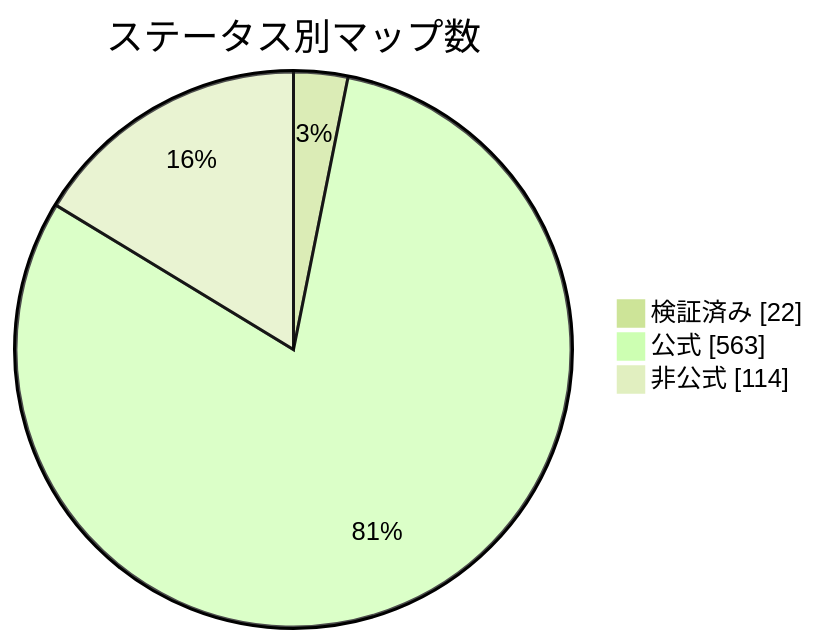
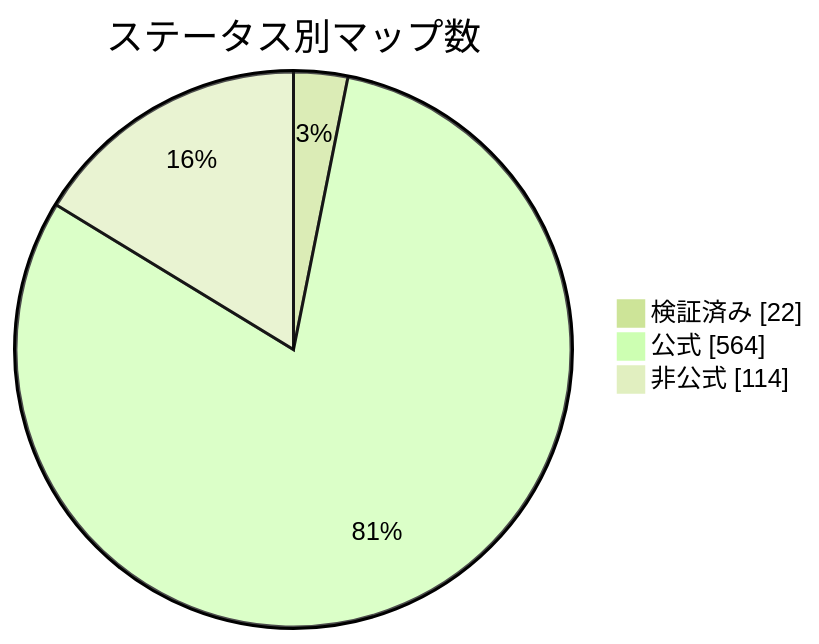
Before and after one commit to nobrega8/mbmap-library: the diagram in docs/readme/README_JP.md, drawn with Mermaid (forest theme). The commit also changed 6 other files, not shown here.

````diff
--- a/docs/readme/README_JP.md
+++ b/docs/readme/README_JP.md
@@ -54,7 +54,7 @@
 ```mermaid
 pie showData
     title ステータス別マップ数
     "検証済み" : 22
-    "公式" : 563
+    "公式" : 564
     "非公式" : 114
 ```
````
